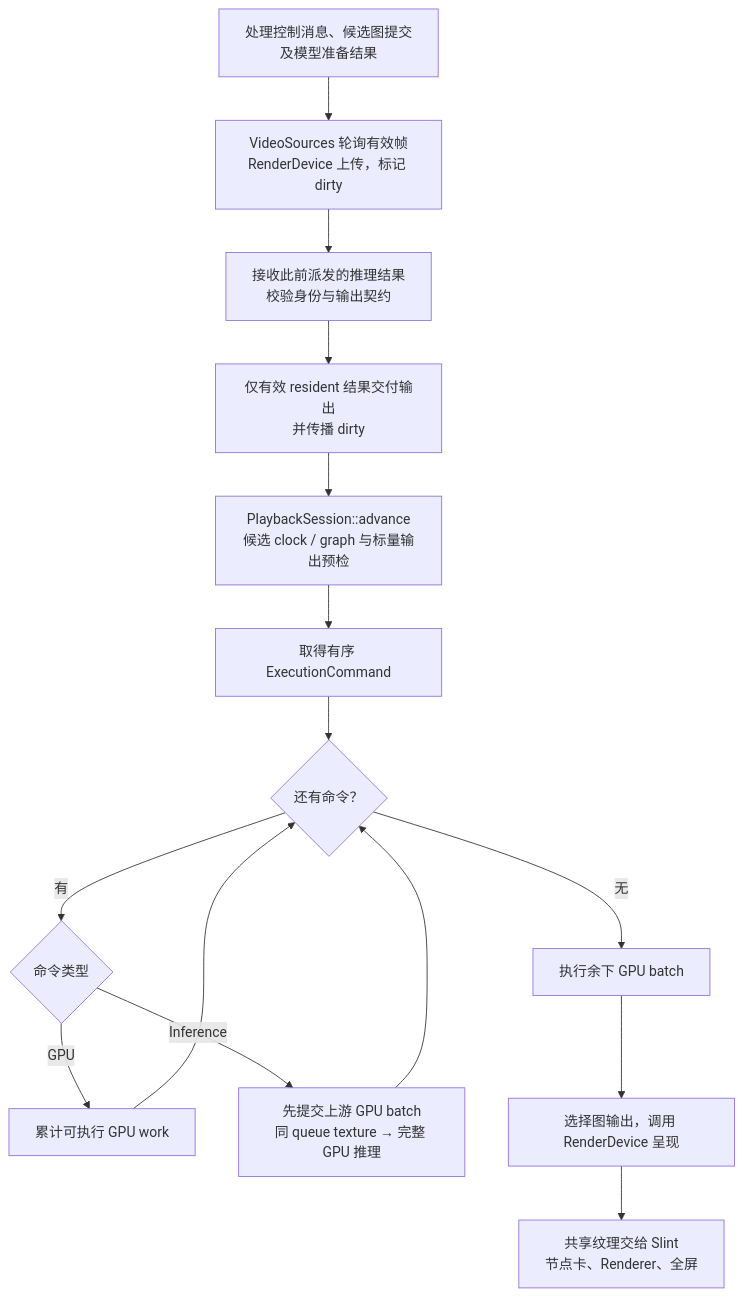
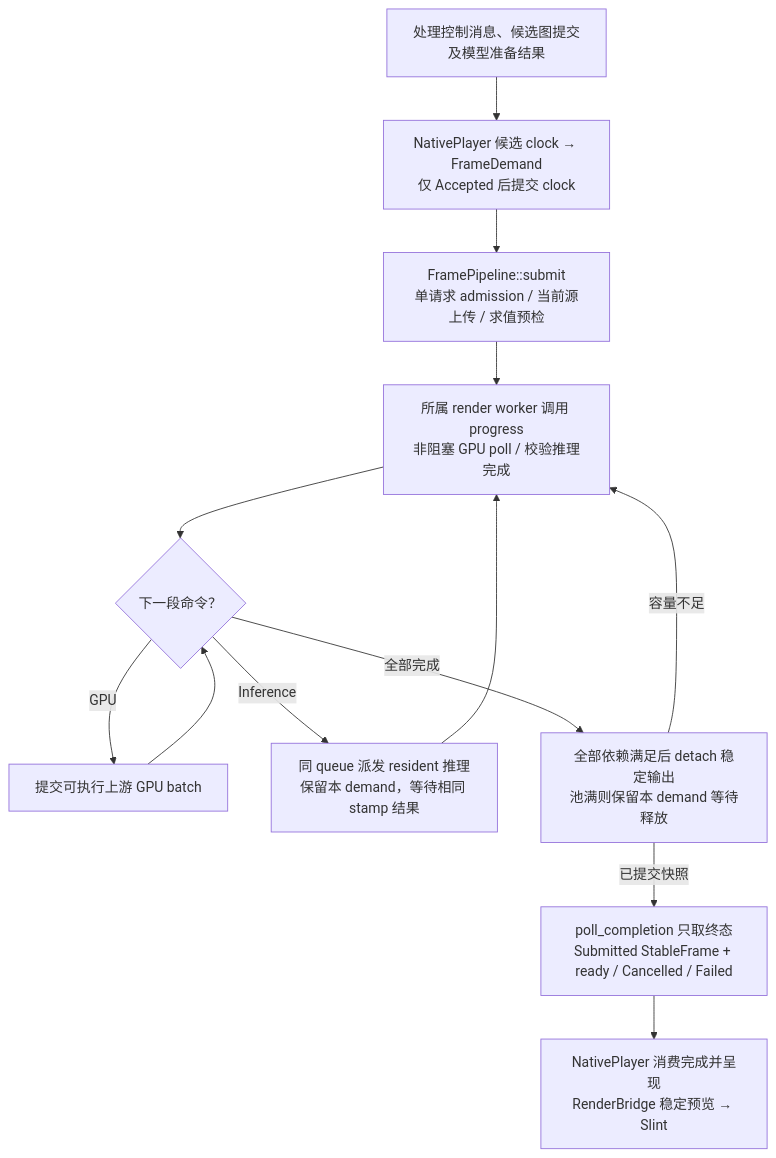
Before and after one commit to sanitor/open_quartz: the fourth of 6 diagrams in docs/DESIGN.md, drawn with Mermaid. The commit also changed other lines of this file and 29 other files, not shown here.

Commit message:
refactor(execution): route NativePlayer through shared FramePipeline

````diff
--- a/docs/DESIGN.md
+++ b/docs/DESIGN.md
@@ -159,24 +163,20 @@
 ```mermaid
 flowchart TD
     CTRL["处理控制消息、候选图提交<br/>及模型准备结果"]
-    VIDEO["VideoSources 轮询有效帧<br/>RenderDevice 上传，标记 dirty"]
-    COMPLETE["接收此前派发的推理结果<br/>校验身份与输出契约"]
-    ACCEPT["仅有效 resident 结果交付输出<br/>并传播 dirty"]
-    ADVANCE["PlaybackSession::advance<br/>候选 clock / graph 与标量输出预检"]
-    WORK["取得有序 ExecutionCommand"]
-    LOOP{"还有命令？"}
-    KIND{"命令类型"}
-    BATCH["累计可执行 GPU work"]
-    INFER["先提交上游 GPU batch<br/>同 queue texture → 完整 GPU 推理"]
-    FLUSH["执行余下 GPU batch"]
-    PRESENT["选择图输出，调用 RenderDevice 呈现"]
-    UI["共享纹理交给 Slint<br/>节点卡、Renderer、全屏"]
+    HOST["NativePlayer 候选 clock → FrameDemand<br/>仅 Accepted 后提交 clock"]
+    ADMIT["FramePipeline::submit<br/>单请求 admission / 当前源上传 / 求值预检"]
+    PROGRESS["所属 render worker 调用 progress<br/>非阻塞 GPU poll / 校验推理完成"]
+    WORK{"下一段命令？"}
+    GPU["提交可执行上游 GPU batch"]
+    INFER["同 queue 派发 resident 推理<br/>保留本 demand，等待相同 stamp 结果"]
+    SNAP["全部依赖满足后 detach 稳定输出<br/>池满则保留本 demand 等待释放"]
+    DONE["poll_completion 只取终态<br/>Submitted StableFrame + ready / Cancelled / Failed"]
+    PRESENT["NativePlayer 消费完成并呈现<br/>RenderBridge 稳定预览 → Slint"]
 
-    CTRL --> VIDEO --> COMPLETE --> ACCEPT --> ADVANCE --> WORK --> LOOP
-    LOOP -->|有| KIND
-    KIND -->|GPU| BATCH
-    KIND -->|Inference| INFER
-    BATCH --> LOOP
-    INFER --> LOOP
-    LOOP -->|无| FLUSH --> PRESENT --> UI
+    CTRL --> HOST --> ADMIT --> PROGRESS --> WORK
+    WORK -->|GPU| GPU --> WORK
+    WORK -->|Inference| INFER --> PROGRESS
+    WORK -->|全部完成| SNAP
+    SNAP -->|容量不足| PROGRESS
+    SNAP -->|已提交快照| DONE --> PRESENT
 ```
````
